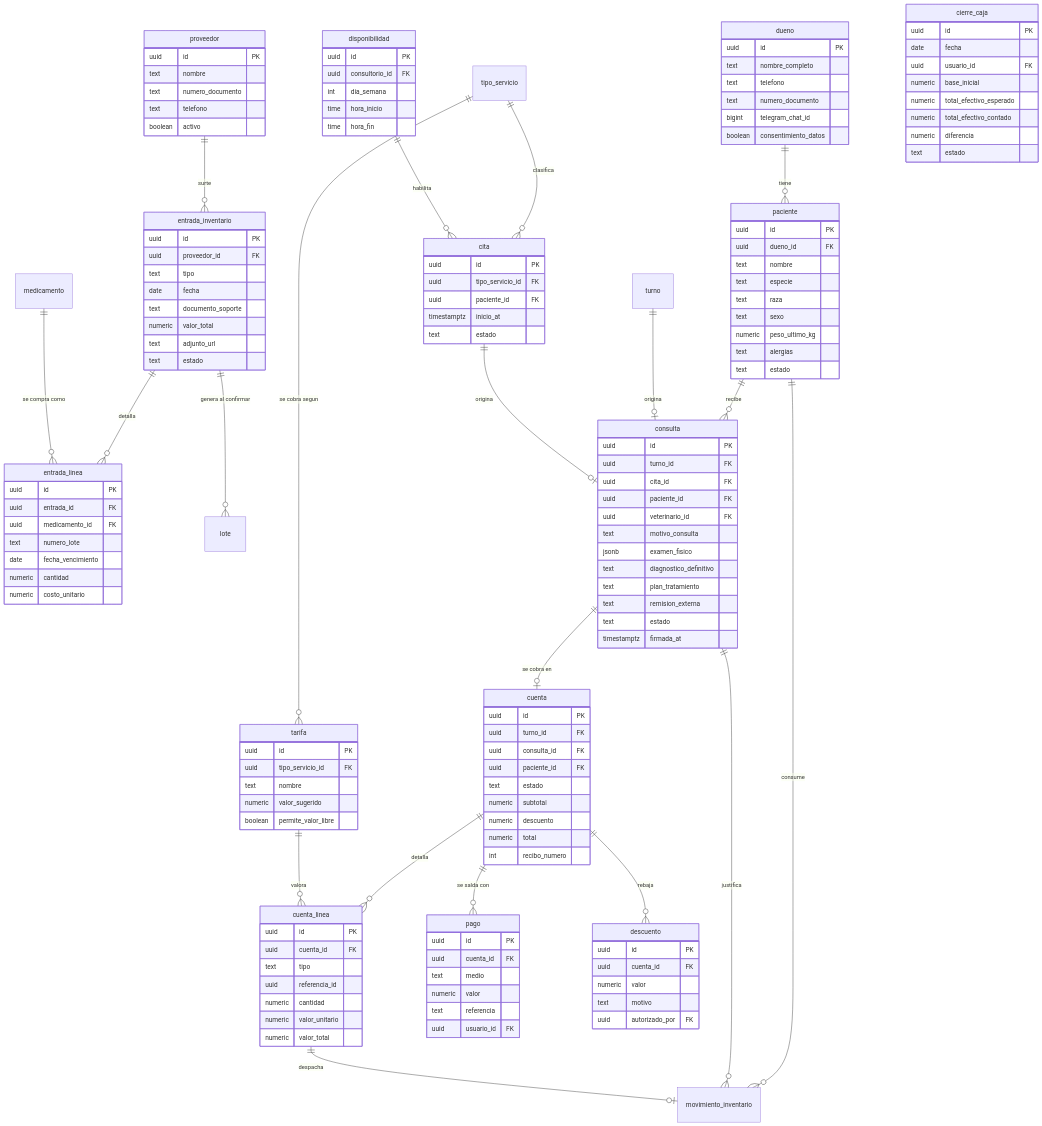
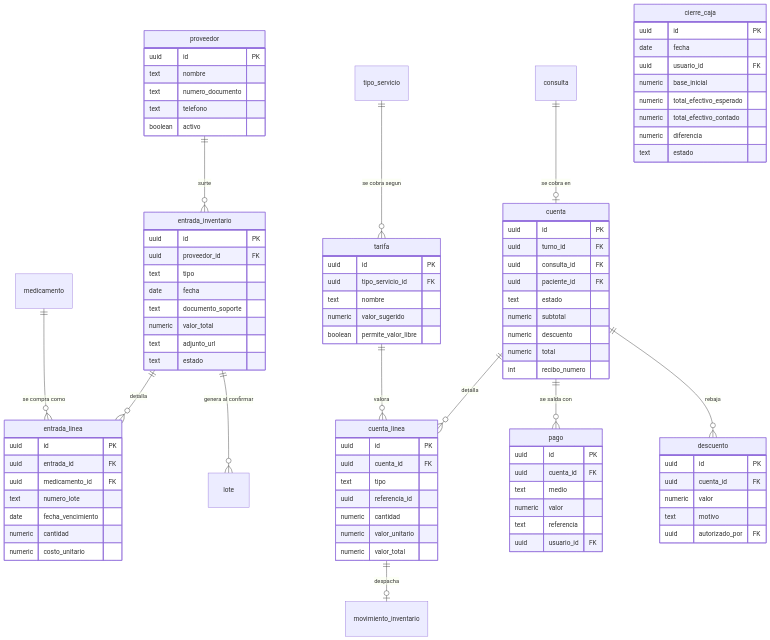
The second of 2 diagrams in docs/modelo-datos.md (leoCortes123/chasqui-pet), drawn with Mermaid before and after one commit. The commit also changed other lines of this file and 32 other files, not shown here.

````diff
--- a/docs/modelo-datos.md
+++ b/docs/modelo-datos.md
@@ -312,16 +414,7 @@
     proveedor ||--o{ entrada_inventario : "surte"
     medicamento ||--o{ entrada_linea : "se compra como"
 
-    dueno ||--o{ paciente : "tiene"
-    paciente ||--o{ consulta : "recibe"
-    paciente ||--o{ movimiento_inventario : "consume"
-    consulta ||--o{ movimiento_inventario : "justifica"
-
-    turno ||--o| consulta : "origina"
-    cita ||--o| consulta : "origina"
-    tipo_servicio ||--o{ cita : "clasifica"
     tipo_servicio ||--o{ tarifa : "se cobra segun"
-    disponibilidad ||--o{ cita : "habilita"
 
     consulta ||--o| cuenta : "se cobra en"
     cuenta ||--o{ cuenta_linea : "detalla"
@@ -357,42 +450,6 @@
         date fecha_vencimiento
         numeric cantidad
         numeric costo_unitario
-    }
-
-    dueno {
-        uuid id PK
-        text nombre_completo
-        text telefono
-        text numero_documento
-        bigint telegram_chat_id
-        boolean consentimiento_datos
-    }
-
-    paciente {
-        uuid id PK
-        uuid dueno_id FK
-        text nombre
-        text especie
-        text raza
-        text sexo
-        numeric peso_ultimo_kg
-        text alergias
-        text estado
-    }
-
-    consulta {
-        uuid id PK
-        uuid turno_id FK
-        uuid cita_id FK
-        uuid paciente_id FK
-        uuid veterinario_id FK
-        text motivo_consulta
-        jsonb examen_fisico
-        text diagnostico_definitivo
-        text plan_tratamiento
-        text remision_externa
-        text estado
-        timestamptz firmada_at
     }
 
     tarifa {
@@ -453,19 +510,4 @@
         text estado
     }
 
-    cita {
-        uuid id PK
-        uuid tipo_servicio_id FK
-        uuid paciente_id FK
-        timestamptz inicio_at
-        text estado
-    }
-
-    disponibilidad {
-        uuid id PK
-        uuid consultorio_id FK
-        int dia_semana
-        time hora_inicio
-        time hora_fin
-    }
 ```
````
